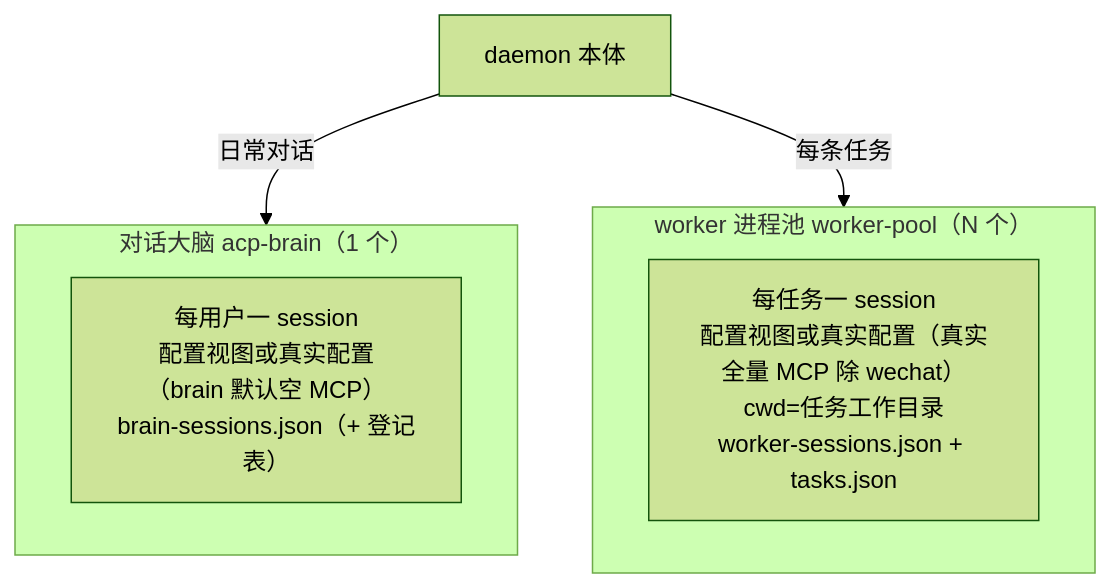
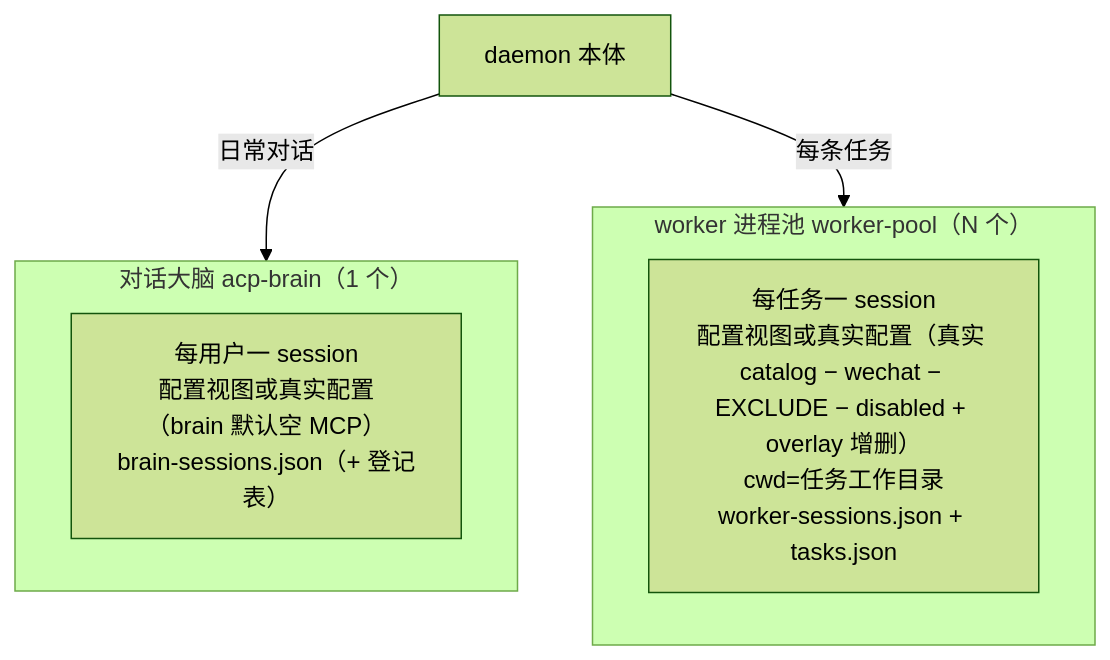
Before and after one commit to imwangpan/WeMind: the fifth of 6 diagrams in docs/repowiki/02-系统架构.md, drawn with Mermaid (forest theme). The commit also changed other lines of this file and 56 other files, not shown here.

````diff
--- a/docs/repowiki/02-系统架构.md
+++ b/docs/repowiki/02-系统架构.md
@@ -156,12 +156,12 @@
 ```mermaid
 graph TD
     DAEMON["daemon 本体"]
     subgraph brain["对话大脑 acp-brain（1 个）"]
         B["每用户一 session<br/>配置视图或真实配置（brain 默认空 MCP）<br/>brain-sessions.json（+ 登记表）"]
     end
     subgraph wk["worker 进程池 worker-pool（N 个）"]
-        W["每任务一 session<br/>配置视图或真实配置（真实全量 MCP 除 wechat）<br/>cwd=任务工作目录<br/>worker-sessions.json + tasks.json"]
+        W["每任务一 session<br/>配置视图或真实配置（真实 catalog − wechat − EXCLUDE − disabled + overlay 增删）<br/>cwd=任务工作目录<br/>worker-sessions.json + tasks.json"]
     end
     DAEMON -->|日常对话| brain
     DAEMON -->|每条任务| wk
 ```
````
